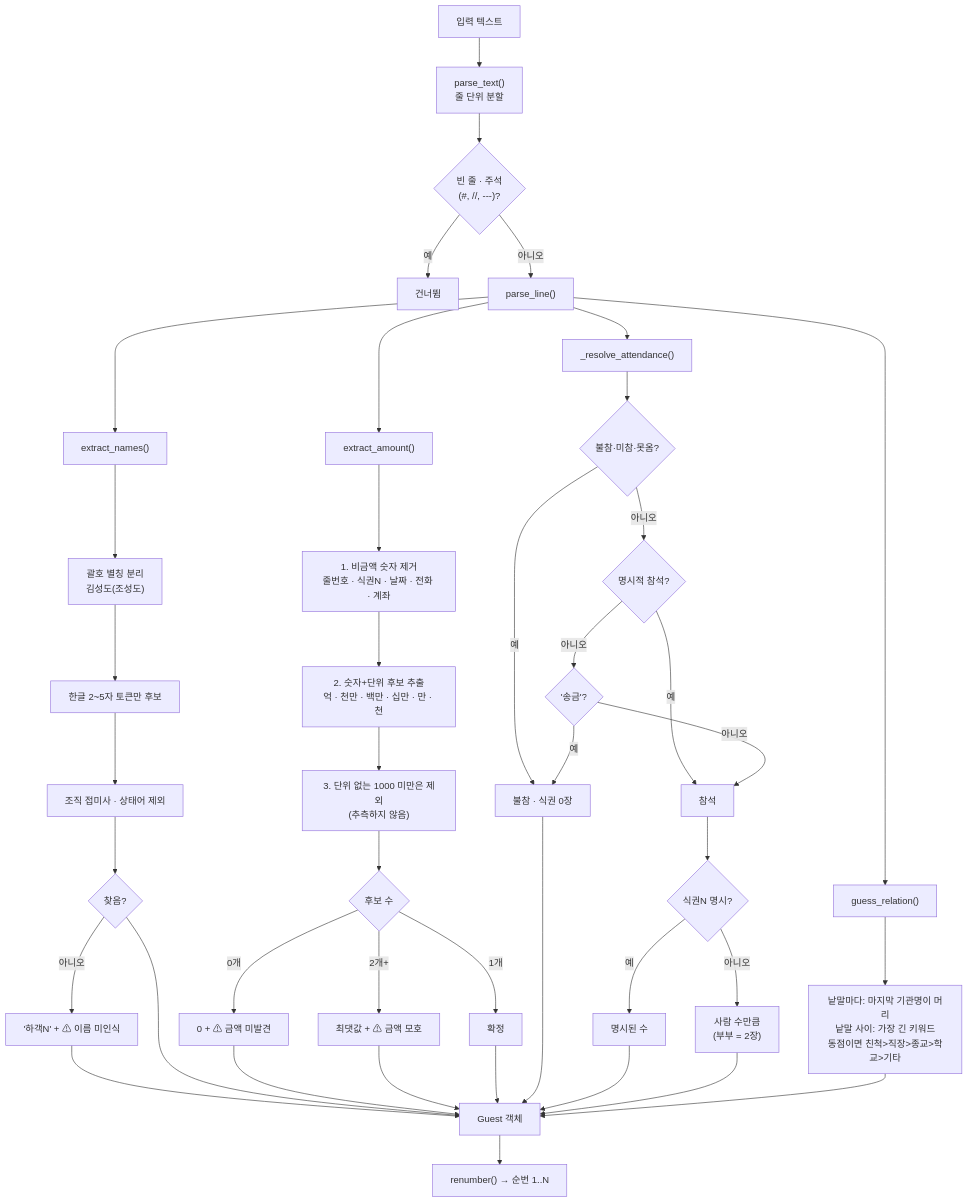
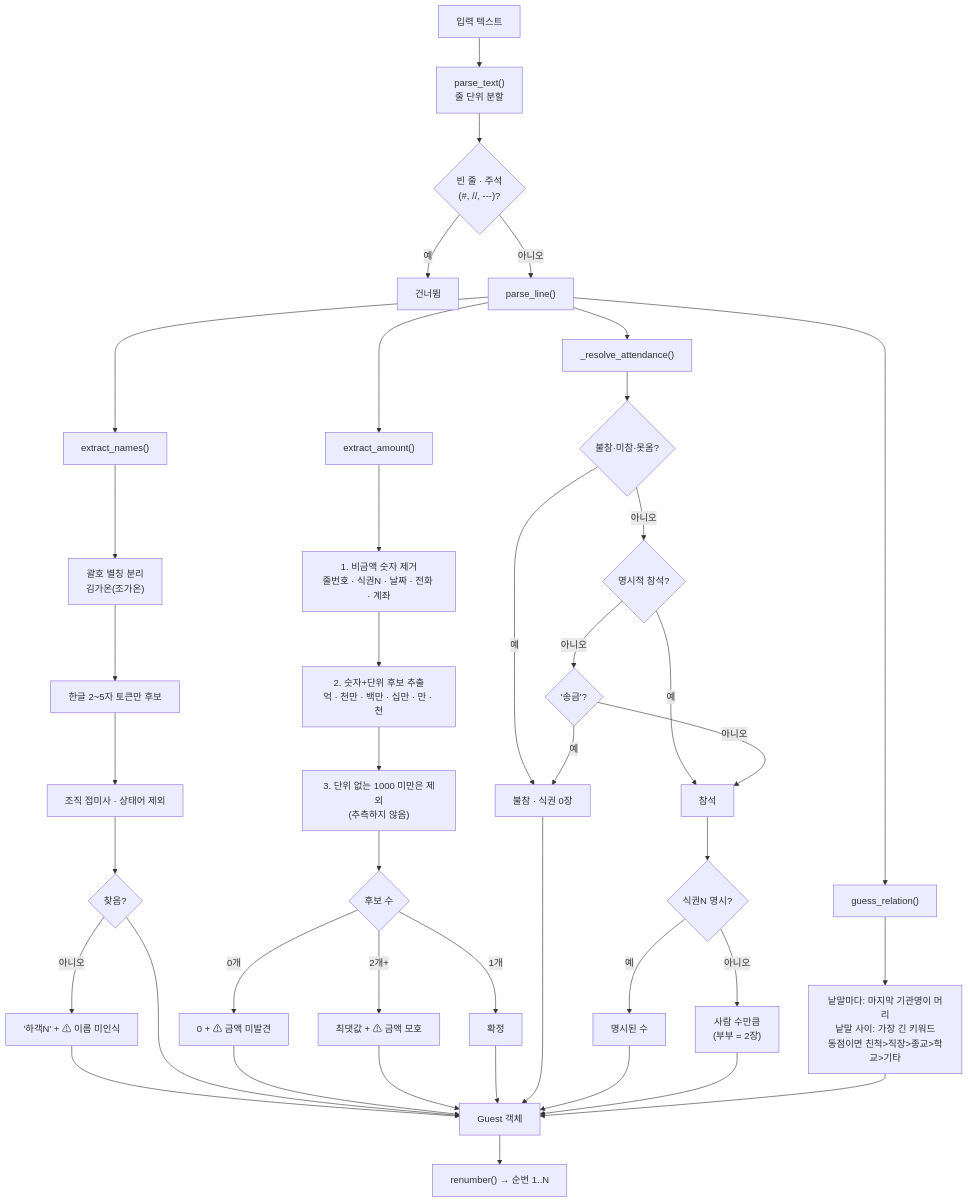
One commit to gatsjy/ChuguiMaster changed the second of 13 diagrams in FLOW.md. Above: the diagram before and after it, drawn with Mermaid. The commit also changed other lines of this file and 27 other files, not shown here.

````diff
--- a/FLOW.md
+++ b/FLOW.md
@@ -87,43 +87,43 @@
 ```mermaid
 flowchart TD
     A["입력 텍스트"] --> B["parse_text()<br/>줄 단위 분할"]
     B --> C{"빈 줄 · 주석<br/>(#, //, ---)?"}
     C -- 예 --> Z["건너뜀"]
     C -- 아니오 --> D["parse_line()"]
 
     D --> E["extract_names()"]
     D --> F["extract_amount()"]
     D --> G["_resolve_attendance()"]
     D --> H["guess_relation()"]
 
-    E --> E1["괄호 별칭 분리<br/>김성도(조성도)"]
+    E --> E1["괄호 별칭 분리<br/>김가온(조가온)"]
     E1 --> E2["한글 2~5자 토큰만 후보"]
     E2 --> E3["조직 접미사 · 상태어 제외"]
     E3 --> E4{"찾음?"}
     E4 -- 아니오 --> E5["'하객N' + ⚠ 이름 미인식"]
 
     F --> F1["1. 비금액 숫자 제거<br/>줄번호 · 식권N · 날짜 · 전화 · 계좌"]
     F1 --> F2["2. 숫자+단위 후보 추출<br/>억 · 천만 · 백만 · 십만 · 만 · 천"]
     F2 --> F3["3. 단위 없는 1000 미만은 제외<br/>(추측하지 않음)"]
     F3 --> F4{"후보 수"}
     F4 -- "0개" --> F5["0 + ⚠ 금액 미발견"]
     F4 -- "2개+" --> F6["최댓값 + ⚠ 금액 모호"]
     F4 -- "1개" --> F7["확정"]
 
     G --> G1{"불참·미참·못옴?"}
     G1 -- 예 --> G2["불참 · 식권 0장"]
     G1 -- 아니오 --> G3{"명시적 참석?"}
     G3 -- 예 --> G4["참석"]
     G3 -- 아니오 --> G5{"'송금'?"}
     G5 -- 예 --> G2
     G5 -- 아니오 --> G4
 
     G4 --> T{"식권N 명시?"}
     T -- 예 --> T1["명시된 수"]
     T -- 아니오 --> T2["사람 수만큼<br/>(부부 = 2장)"]
 
     H --> H1["낱말마다: 마지막 기관명이 머리<br/>낱말 사이: 가장 긴 키워드<br/>동점이면 친척>직장>종교>학교>기타"]
 
     E5 & E4 & F5 & F6 & F7 & G2 & T1 & T2 & H1 --> Y["Guest 객체"]
     Y --> X["renumber() → 순번 1..N"]
 ```
````
